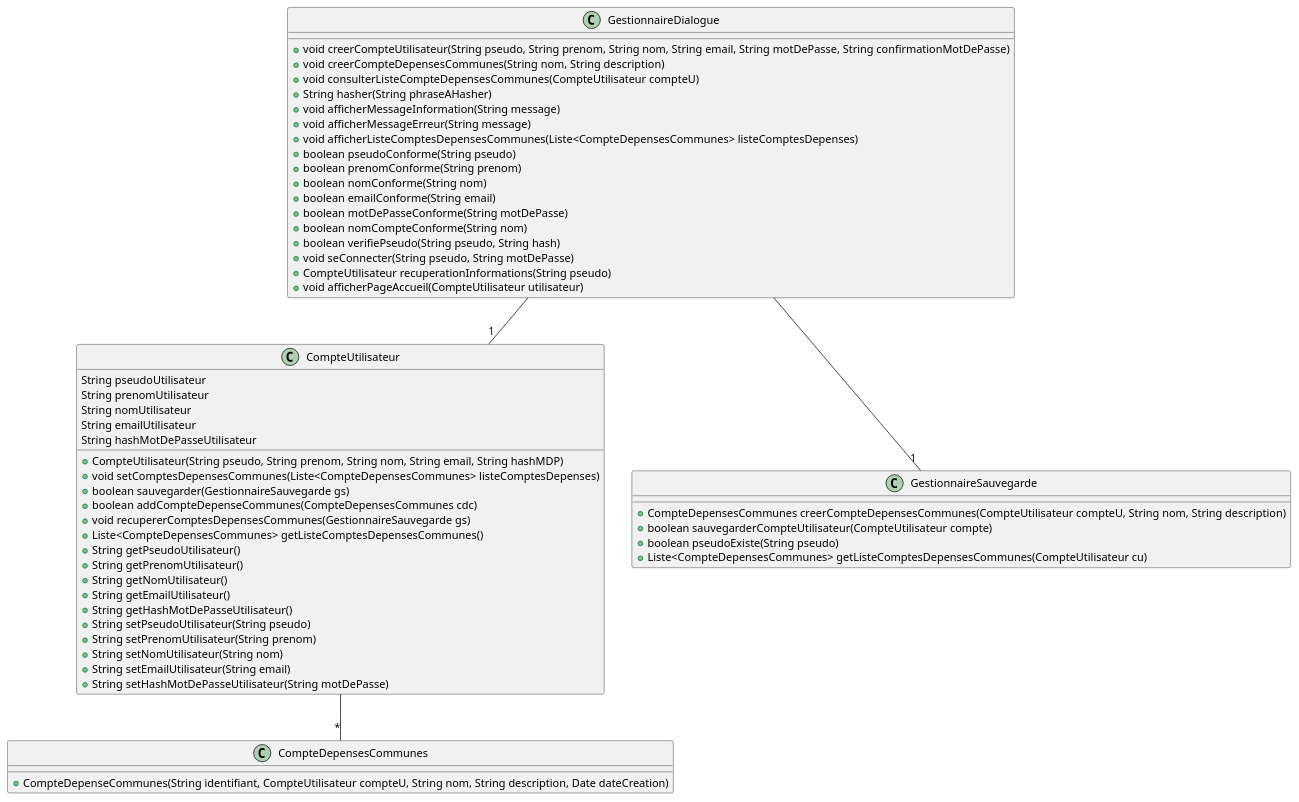
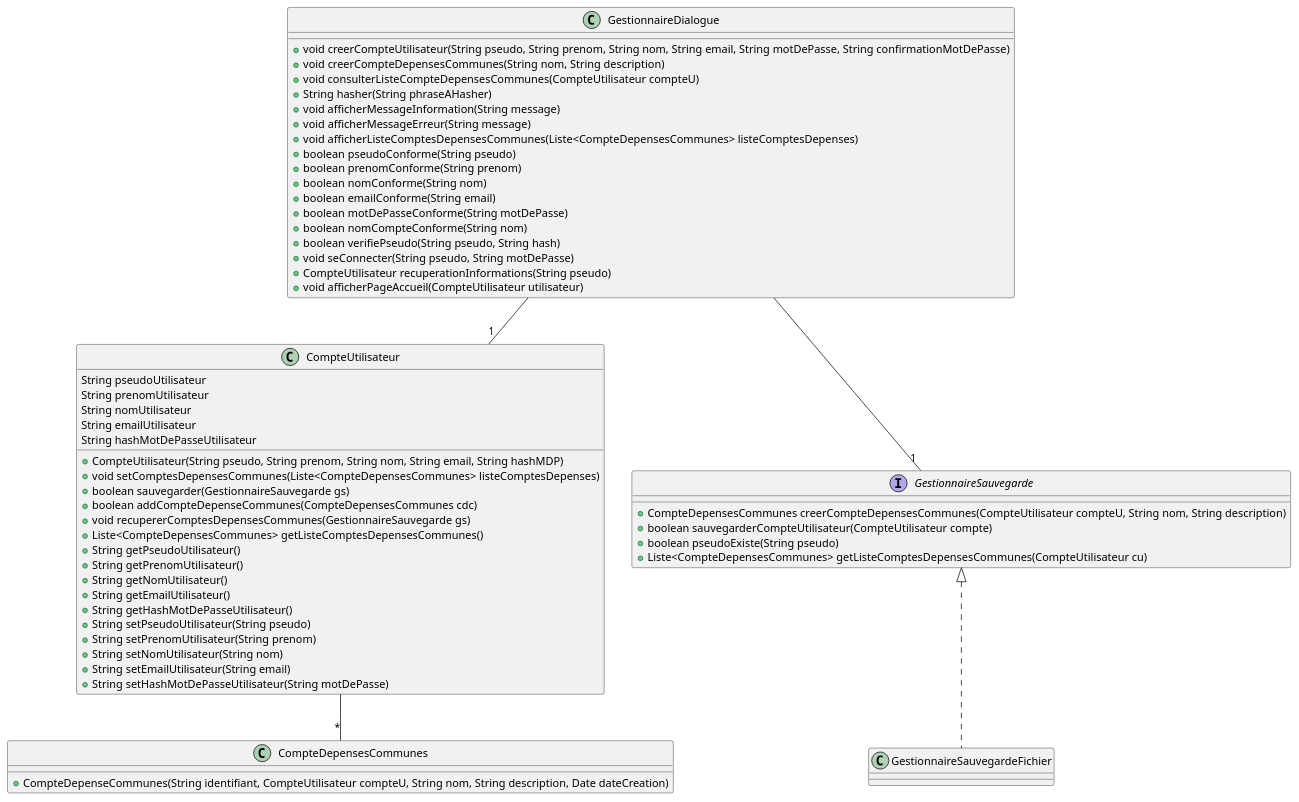
Before and after one commit to lmtb06/sharecount: the diagram in diagrammes/conception/classes.puml, drawn with PlantUML. The commit also changed 4 other files, not shown here.

Commit message:
-Mise à jour diagramme de classe - Exemple début de programme cpp

```diff
--- a/diagrammes/conception/classes.puml
+++ b/diagrammes/conception/classes.puml
@@ -1,60 +1,63 @@
 @startuml Classes
 
 	class GestionnaireDialogue {
 		+void creerCompteUtilisateur(String pseudo, String prenom, String nom, String email, String motDePasse, String confirmationMotDePasse)
 		+void creerCompteDepensesCommunes(String nom, String description)
 		+void consulterListeCompteDepensesCommunes(CompteUtilisateur compteU)
 		+String hasher(String phraseAHasher)
 		+void afficherMessageInformation(String message)
 		+void afficherMessageErreur(String message)
 		+void afficherListeComptesDepensesCommunes(Liste<CompteDepensesCommunes> listeComptesDepenses)
 		+boolean pseudoConforme(String pseudo)
 		+boolean prenomConforme(String prenom)
 		+boolean nomConforme(String nom)
 		+boolean emailConforme(String email)
 		+boolean motDePasseConforme(String motDePasse)
 		+boolean nomCompteConforme(String nom)
 		+boolean verifiePseudo(String pseudo, String hash)
 		+void seConnecter(String pseudo, String motDePasse)
 		+CompteUtilisateur recuperationInformations(String pseudo)
 		+void afficherPageAccueil(CompteUtilisateur utilisateur)
 	}
 	GestionnaireDialogue --"1" CompteUtilisateur
 	GestionnaireDialogue --"1" GestionnaireSauvegarde
 
-	class GestionnaireSauvegarde {
+	interface GestionnaireSauvegarde {
 		+CompteDepensesCommunes creerCompteDepensesCommunes(CompteUtilisateur compteU, String nom, String description)
 		+boolean sauvegarderCompteUtilisateur(CompteUtilisateur compte)
 		+boolean pseudoExiste(String pseudo)
 		+Liste<CompteDepensesCommunes> getListeComptesDepensesCommunes(CompteUtilisateur cu)
 	}
 
+	class GestionnaireSauvegardeFichier implements GestionnaireSauvegarde {
+
+	}
 	class CompteUtilisateur {
 		String pseudoUtilisateur
 		String prenomUtilisateur
 		String nomUtilisateur
 		String emailUtilisateur
 		String hashMotDePasseUtilisateur
 		+CompteUtilisateur(String pseudo, String prenom, String nom, String email, String hashMDP)
 		+void setComptesDepensesCommunes(Liste<CompteDepensesCommunes> listeComptesDepenses)
 		+boolean sauvegarder(GestionnaireSauvegarde gs)
 		+boolean addCompteDepenseCommunes(CompteDepensesCommunes cdc)
 		+void recupererComptesDepensesCommunes(GestionnaireSauvegarde gs)
 		+Liste<CompteDepensesCommunes> getListeComptesDepensesCommunes()
 		+String getPseudoUtilisateur()
 		+String getPrenomUtilisateur()
 		+String getNomUtilisateur()
 		+String getEmailUtilisateur()
 		+String getHashMotDePasseUtilisateur()
 		+String setPseudoUtilisateur(String pseudo)
 		+String setPrenomUtilisateur(String prenom)
 		+String setNomUtilisateur(String nom)
 		+String setEmailUtilisateur(String email)
 		+String setHashMotDePasseUtilisateur(String motDePasse)
 	}
 	CompteUtilisateur --"*" CompteDepensesCommunes
 	class CompteDepensesCommunes {
 		+CompteDepenseCommunes(String identifiant, CompteUtilisateur compteU, String nom, String description, Date dateCreation)
 	}
 
 @enduml
```
